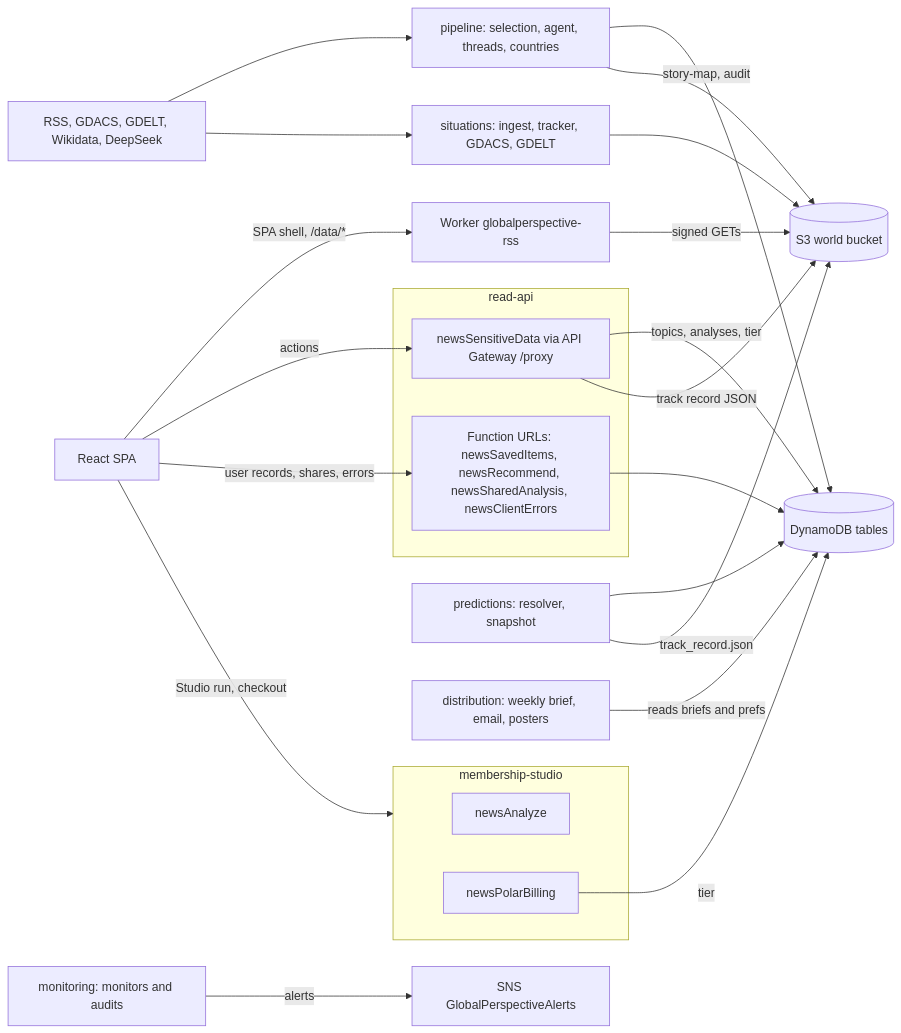
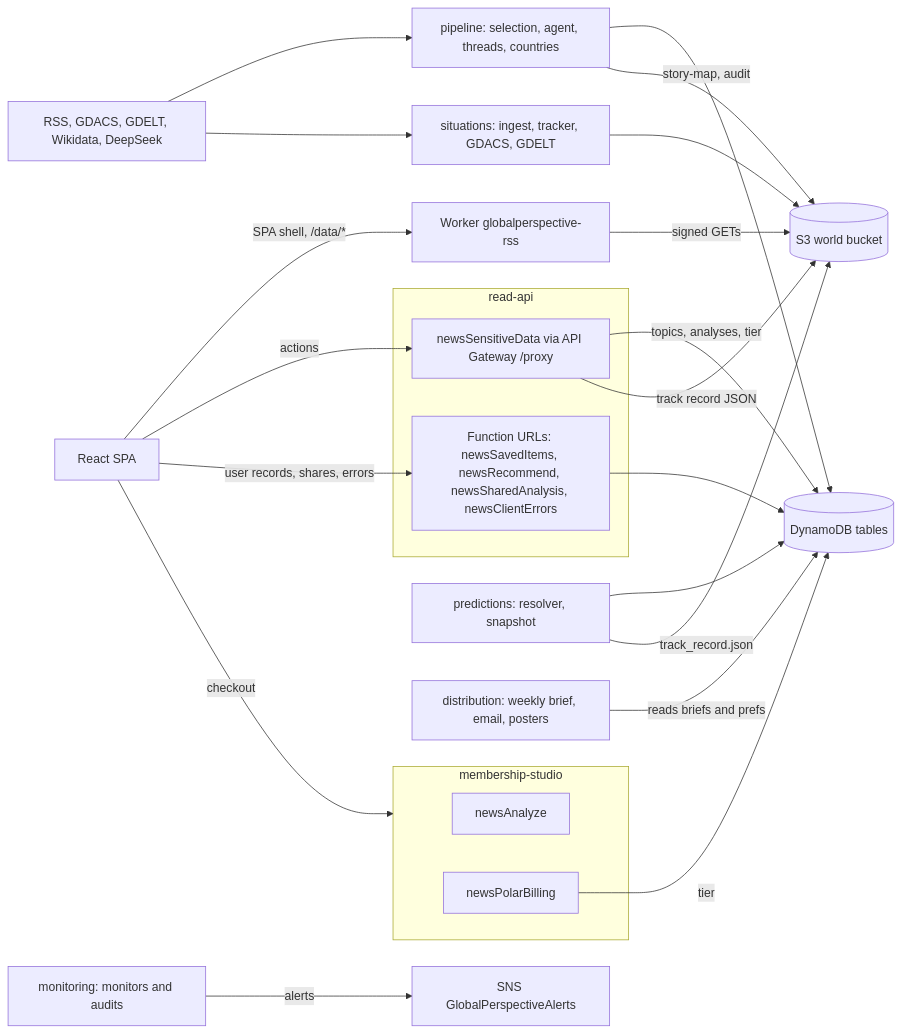
One commit to BenBen05059997/globalPerspective-v1 changed the second of 9 diagrams in project-docs/architecture/ARCHITECTURE.md. Above: the diagram before and after it, drawn with Mermaid. The commit also changed other lines of this file and 13 other files, not shown here.

First line of the commit message:
Docs for the Studio retirement: decision 0033, ARCHITECTURE flow 6, STATUS, READMEs

````diff
--- a/project-docs/architecture/ARCHITECTURE.md
+++ b/project-docs/architecture/ARCHITECTURE.md
@@ -67,39 +65,39 @@
 ```mermaid
 flowchart LR
   spa[React SPA]
   worker[Worker globalperspective-rss]
   subgraph read[read-api]
     proxy[newsSensitiveData via API Gateway /proxy]
     fn[Function URLs: newsSavedItems, newsRecommend, newsSharedAnalysis, newsClientErrors]
   end
   subgraph member[membership-studio]
     ana[newsAnalyze]
     bill[newsPolarBilling]
   end
   pipe[pipeline: selection, agent, threads, countries]
   sit[situations: ingest, tracker, GDACS, GDELT]
   pred[predictions: resolver, snapshot]
   dist[distribution: weekly brief, email, posters]
   mon[monitoring: monitors and audits]
   ddb[(DynamoDB tables)]
   s3[(S3 world bucket)]
   ext[RSS, GDACS, GDELT, Wikidata, DeepSeek]
   spa -->|SPA shell, /data/*| worker
   worker -->|signed GETs| s3
   spa -->|actions| proxy
   spa -->|user records, shares, errors| fn
-  spa -->|Studio run, checkout| member
+  spa -->|checkout| member
   proxy -->|topics, analyses, tier| ddb
   proxy -->|track record JSON| s3
   fn --> ddb
   bill -->|tier| ddb
   ext --> pipe
   ext --> sit
   pipe --> ddb
   pipe -->|story-map, audit| s3
   sit --> s3
   pred --> ddb
   pred -->|track_record.json| s3
   dist -->|reads briefs and prefs| ddb
   mon -->|alerts| sns[SNS GlobalPerspectiveAlerts]
 ```
````
